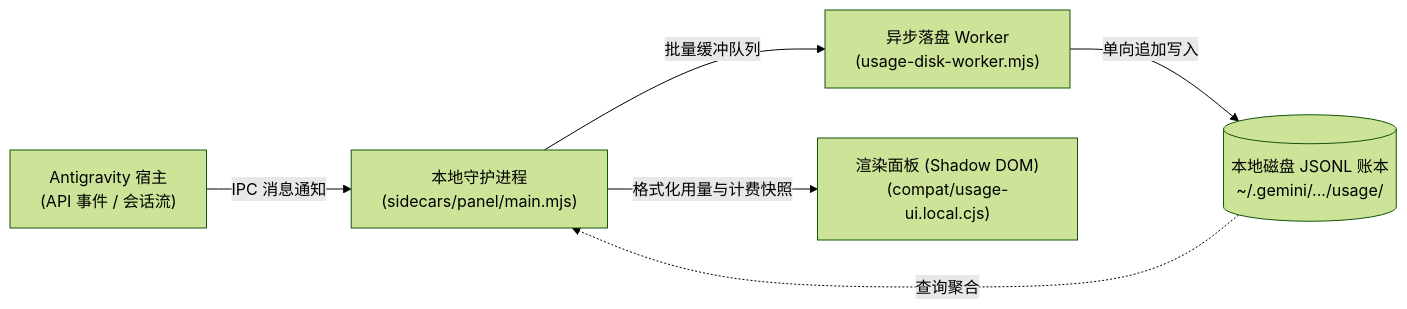
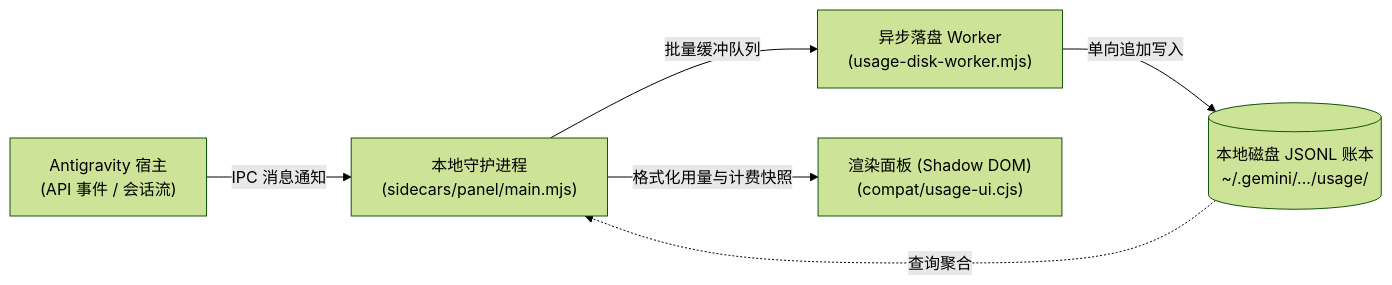
The first of 3 diagrams in docs/contracts.md (moumouye/antigrative-dashboard), drawn with Mermaid (forest theme) before and after one commit. The commit also changed other lines of this file and 26 other files, not shown here.

````diff
--- a/docs/contracts.md
+++ b/docs/contracts.md
@@ -11,14 +11,14 @@
 ```mermaid
 flowchart LR
     Host["Antigravity 宿主<br/>(API 事件 / 会话流)"]
     Sidecar["本地守护进程<br/>(sidecars/panel/main.mjs)"]
     Worker["异步落盘 Worker<br/>(usage-disk-worker.mjs)"]
     Disk[("本地磁盘 JSONL 账本<br/>~/.gemini/.../usage/")]
-    Webview["渲染面板 (Shadow DOM)<br/>(compat/usage-ui.local.cjs)"]
+    Webview["渲染面板 (Shadow DOM)<br/>(compat/usage-ui.cjs)"]
 
     Host -->|IPC 消息通知| Sidecar
     Sidecar -->|批量缓冲队列| Worker
     Worker -->|单向追加写入| Disk
     Disk -.查询聚合.-> Sidecar
     Sidecar -->|格式化用量与计费快照| Webview
 ```
````
